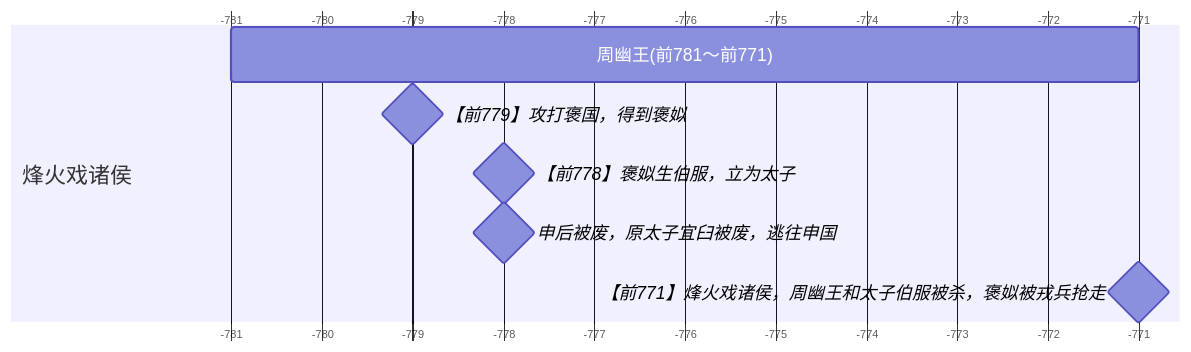
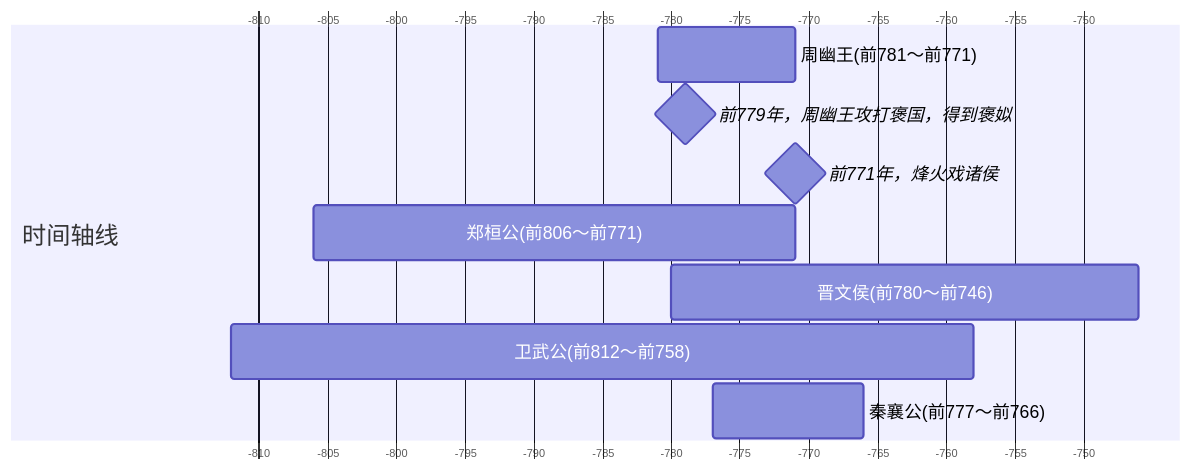
The first of 3 diagrams in 透过地理看历史（春秋篇）01.md (tsuyu2016/read), drawn with Mermaid before and after one commit. The commit also changed other lines of this file and 2 other files, not shown here.

````diff
--- a/透过地理看历史（春秋篇）01.md
+++ b/透过地理看历史（春秋篇）01.md
@@ -3,36 +3,42 @@
 ```mermaid
 ---
 config:
   themeCSS: '
     .grid .tick line{stroke:lightgray;stroke-dasharray:3;opacity:1;}
     .grid .tick text{font-size:16px;}
-    .grid path {stroke-width: 0;}
+    .grid path {stroke-width: 0;} 
+    .sectionTitle {font-weight:900;}
   '
   gantt:
     titleTopMargin:
     topPadding:
     gridLineStartPadding: 
     topAxis: true
     barHeight: 50
     rightPadding:
     leftPadding: 200
     fontSize: 16
-    sectionFontSize: 20
+    sectionFontSize: 22
     numberSectionStyles: 4
     axisFormat: "%Y"
     useMaxWidth:
     weekday:
     barGap:
 ---
 gantt
     dateFormat  X
     axisFormat %s
     todayMarker off
 
-    section 烽火戏诸侯
+    section 时间轴线
     周幽王(前781～前771): -781,-771
-    【前779】攻打褒国，得到褒姒: milestone, -779,
-    【前778】褒姒生伯服，立为太子: milestone, -778,
-    申后被废，原太子宜臼被废，逃往申国: milestone, -778,
-    【前771】烽火戏诸侯，周幽王和太子伯服被杀，褒姒被戎兵抢走: milestone, -771,
+    前779年，周幽王攻打褒国，得到褒姒: milestone, -779,
+%%    前778年，褒姒生伯服: milestone, -778,
+    前771年，烽火戏诸侯: milestone, -771,
+%%    周平王(前770～前720): -770,-720
+    郑桓公(前806～前771): -806,-771
+%%    郑武公(前770～前744): -770,-744
+    晋文侯(前780～前746): -780,-746
+    卫武公(前812～前758): -812,-758
+    秦襄公(前777～前766): -777,-766
 ```
````
